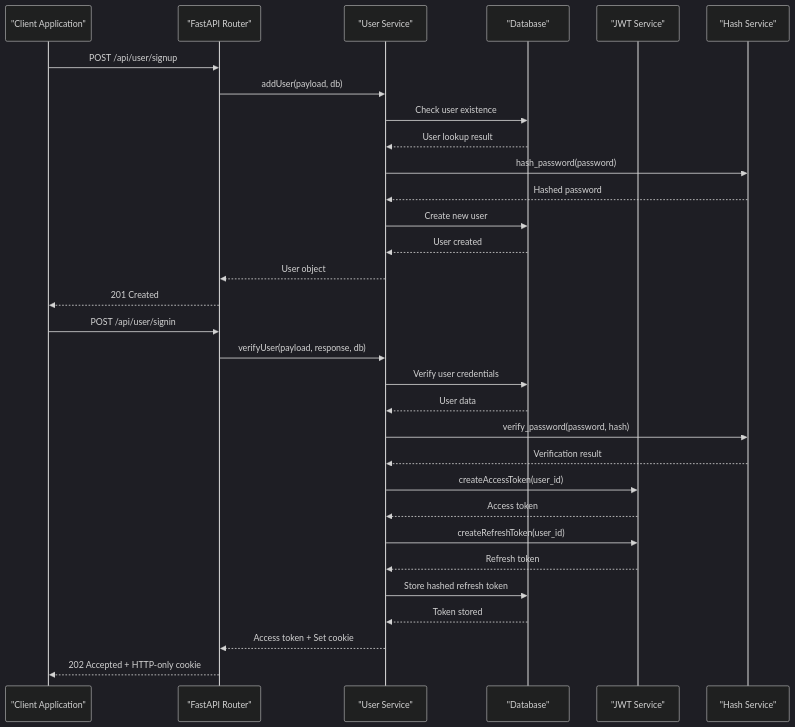
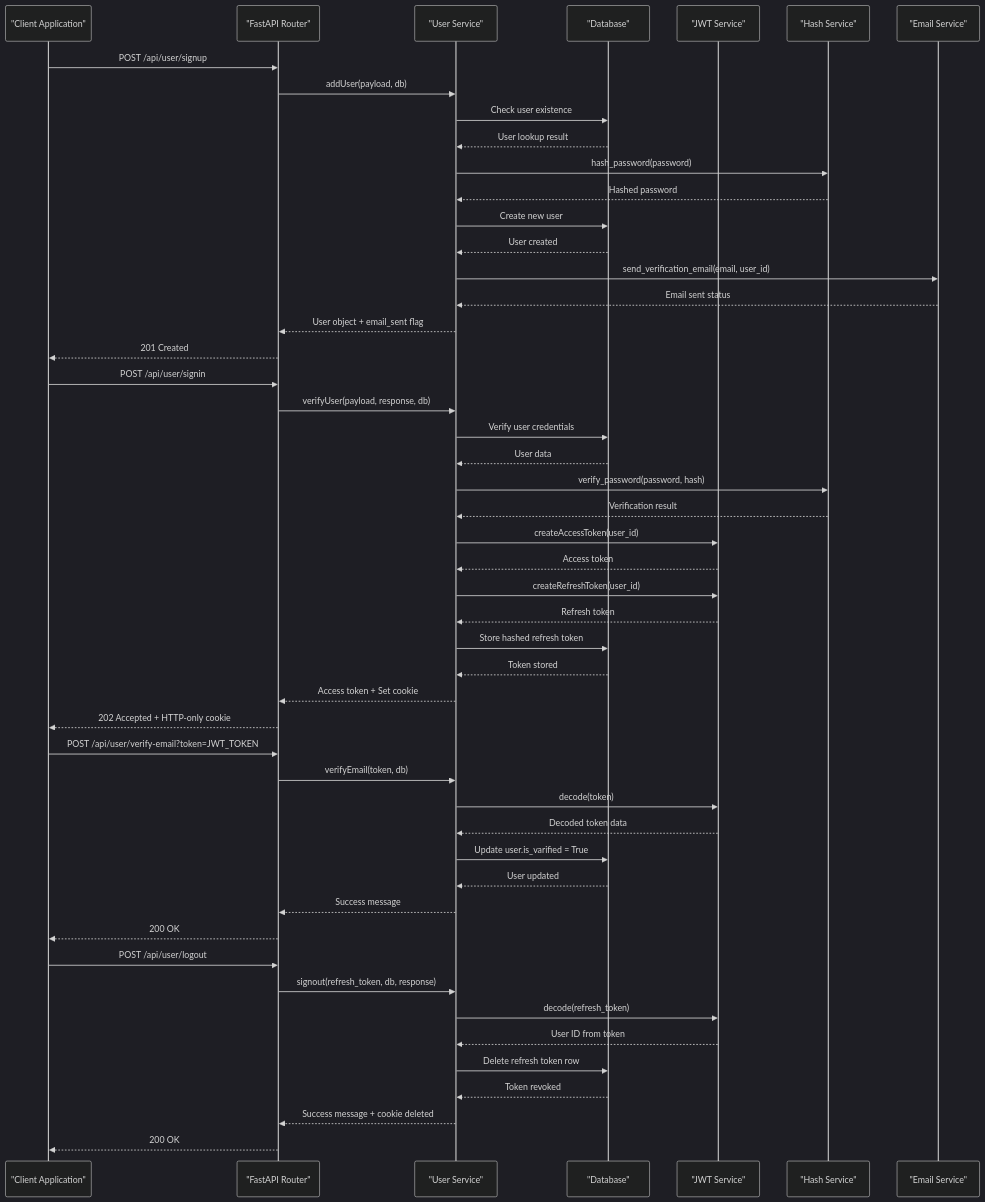
Before and after one commit to srikant-panda/auth-service: the second of 4 diagrams in .qoder/repowiki/en/content/API Reference/API Reference.md, drawn with Mermaid (dark theme). The commit also changed other lines of this file and 11 other files, not shown here.

````diff
--- a/.qoder/repowiki/en/content/API Reference/API Reference.md
+++ b/.qoder/repowiki/en/content/API Reference/API Reference.md
@@ -110,33 +115,52 @@
 ```mermaid
 sequenceDiagram
 participant Client as "Client Application"
 participant API as "FastAPI Router"
 participant Service as "User Service"
 participant DB as "Database"
 participant JWT as "JWT Service"
 participant Hash as "Hash Service"
+participant Email as "Email Service"
 Client->>API : POST /api/user/signup
 API->>Service : addUser(payload, db)
 Service->>DB : Check user existence
 DB-->>Service : User lookup result
 Service->>Hash : hash_password(password)
 Hash-->>Service : Hashed password
 Service->>DB : Create new user
 DB-->>Service : User created
-Service-->>API : User object
+Service->>Email : send_verification_email(email, user_id)
+Email-->>Service : Email sent status
+Service-->>API : User object + email_sent flag
 API-->>Client : 201 Created
 Client->>API : POST /api/user/signin
 API->>Service : verifyUser(payload, response, db)
 Service->>DB : Verify user credentials
 DB-->>Service : User data
 Service->>Hash : verify_password(password, hash)
 Hash-->>Service : Verification result
 Service->>JWT : createAccessToken(user_id)
 JWT-->>Service : Access token
 Service->>JWT : createRefreshToken(user_id)
 JWT-->>Service : Refresh token
 Service->>DB : Store hashed refresh token
 DB-->>Service : Token stored
 Service-->>API : Access token + Set cookie
 API-->>Client : 202 Accepted + HTTP-only cookie
+Client->>API : POST /api/user/verify-email?token=JWT_TOKEN
+API->>Service : verifyEmail(token, db)
+Service->>JWT : decode(token)
+JWT-->>Service : Decoded token data
+Service->>DB : Update user.is_varified = True
+DB-->>Service : User updated
+Service-->>API : Success message
+API-->>Client : 200 OK
+Client->>API : POST /api/user/logout
+API->>Service : signout(refresh_token, db, response)
+Service->>JWT : decode(refresh_token)
+JWT-->>Service : User ID from token
+Service->>DB : Delete refresh token row
+DB-->>Service : Token revoked
+Service-->>API : Success message + cookie deleted
+API-->>Client : 200 OK
 ```
````
